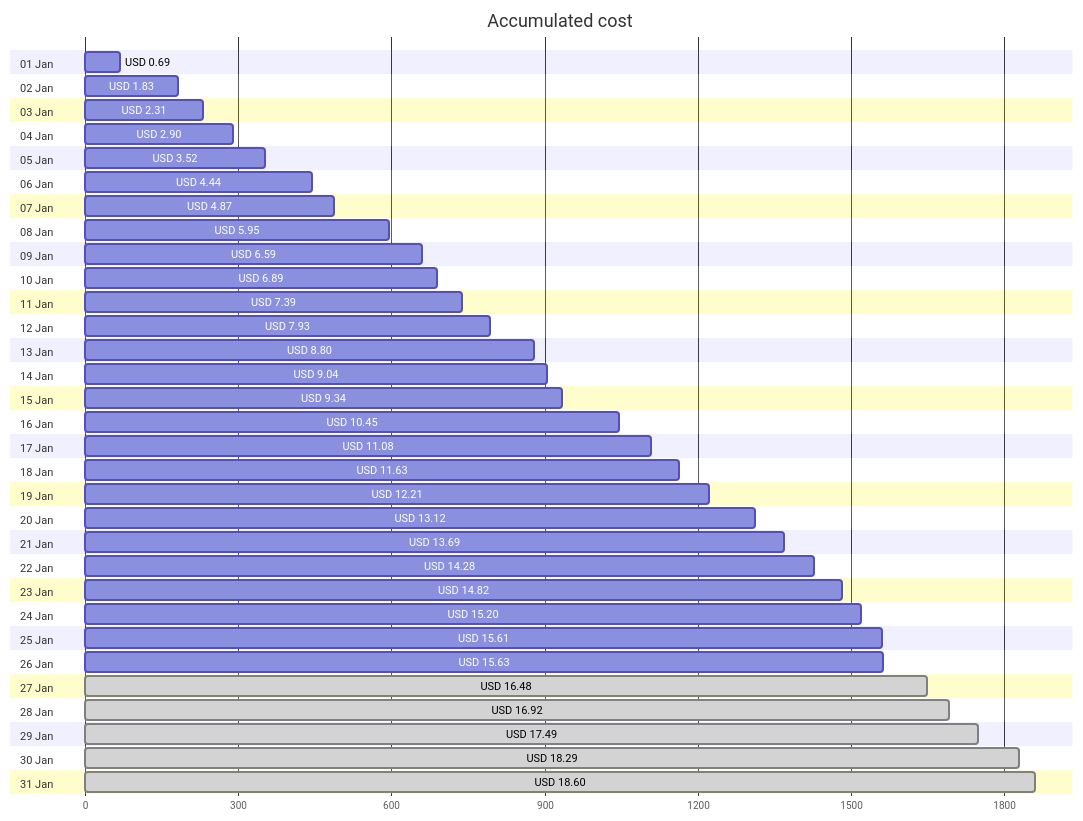
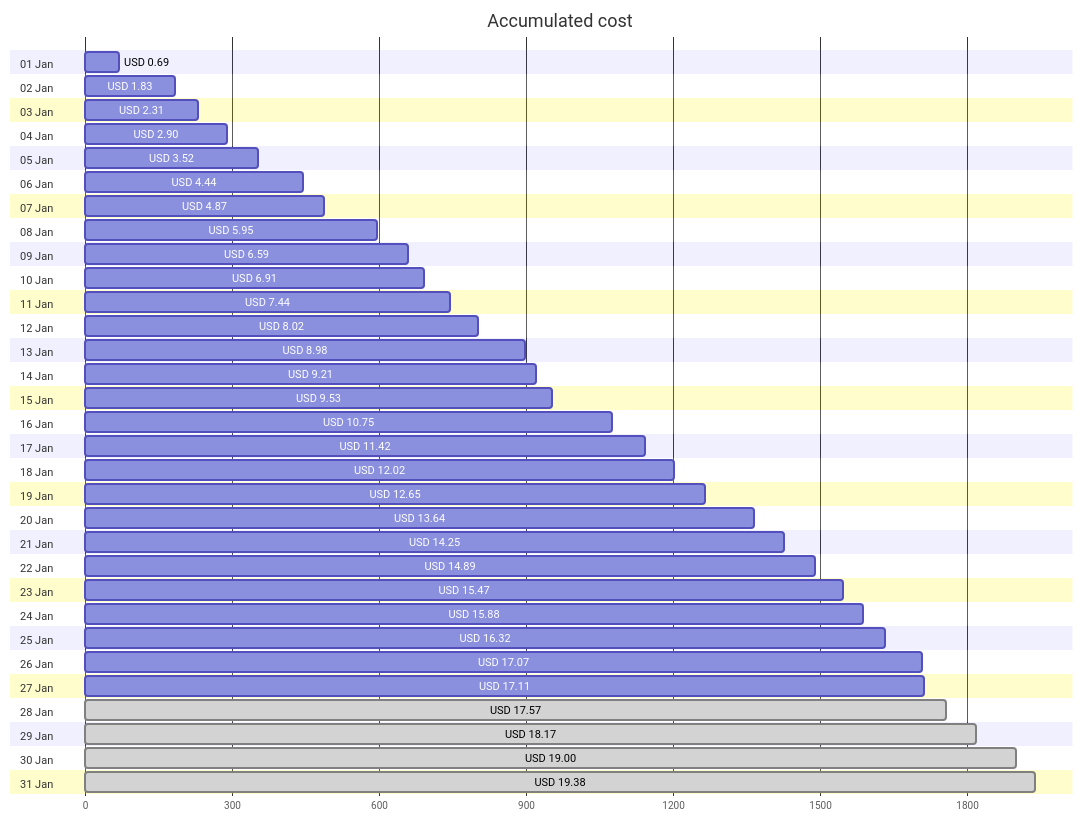
One commit to jpfulton/azure-personal-reports changed the first of 4 diagrams in cost-reports/personal-network/vpn-server.md. Above: the diagram before and after it, drawn with Mermaid. The commit also changed other lines of this file and 8 other files, not shown here.

````diff
--- a/cost-reports/personal-network/vpn-server.md
+++ b/cost-reports/personal-network/vpn-server.md
@@ -20,68 +20,68 @@
 ```mermaid
 gantt
    title Accumulated cost
    dateFormat  X
    axisFormat %s
    section 01 Jan
    USD 0.69 :0, 69
    section 02 Jan
    USD 1.83 :0, 183
    section 03 Jan
    USD 2.31 :0, 231
    section 04 Jan
    USD 2.90 :0, 290
    section 05 Jan
    USD 3.52 :0, 352
    section 06 Jan
    USD 4.44 :0, 444
    section 07 Jan
    USD 4.87 :0, 487
    section 08 Jan
    USD 5.95 :0, 595
    section 09 Jan
    USD 6.59 :0, 659
    section 10 Jan
-   USD 6.89 :0, 689
+   USD 6.91 :0, 691
    section 11 Jan
-   USD 7.39 :0, 739
+   USD 7.44 :0, 744
    section 12 Jan
-   USD 7.93 :0, 793
+   USD 8.02 :0, 802
    section 13 Jan
-   USD 8.80 :0, 880
+   USD 8.98 :0, 898
    section 14 Jan
-   USD 9.04 :0, 904
+   USD 9.21 :0, 921
    section 15 Jan
-   USD 9.34 :0, 934
+   USD 9.53 :0, 953
    section 16 Jan
-   USD 10.45 :0, 1045
+   USD 10.75 :0, 1075
    section 17 Jan
-   USD 11.08 :0, 1108
+   USD 11.42 :0, 1142
    section 18 Jan
-   USD 11.63 :0, 1163
+   USD 12.02 :0, 1202
    section 19 Jan
-   USD 12.21 :0, 1221
+   USD 12.65 :0, 1265
    section 20 Jan
-   USD 13.12 :0, 1312
+   USD 13.64 :0, 1364
    section 21 Jan
-   USD 13.69 :0, 1369
+   USD 14.25 :0, 1425
    section 22 Jan
-   USD 14.28 :0, 1428
+   USD 14.89 :0, 1489
    section 23 Jan
-   USD 14.82 :0, 1482
+   USD 15.47 :0, 1547
    section 24 Jan
-   USD 15.20 :0, 1520
+   USD 15.88 :0, 1588
    section 25 Jan
-   USD 15.61 :0, 1561
+   USD 16.32 :0, 1632
    section 26 Jan
-   USD 15.63 :0, 1563
+   USD 17.07 :0, 1707
    section 27 Jan
-   USD 16.48 : done, 0, 1648
+   USD 17.11 :0, 1711
    section 28 Jan
-   USD 16.92 : done, 0, 1692
+   USD 17.57 : done, 0, 1757
    section 29 Jan
-   USD 17.49 : done, 0, 1749
+   USD 18.17 : done, 0, 1817
    section 30 Jan
-   USD 18.29 : done, 0, 1829
+   USD 19.00 : done, 0, 1900
    section 31 Jan
-   USD 18.60 : done, 0, 1860
+   USD 19.38 : done, 0, 1938
 ```
````
